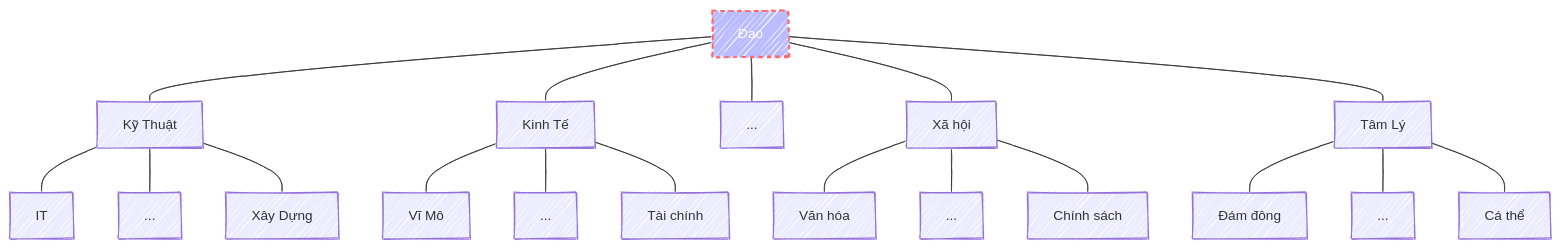
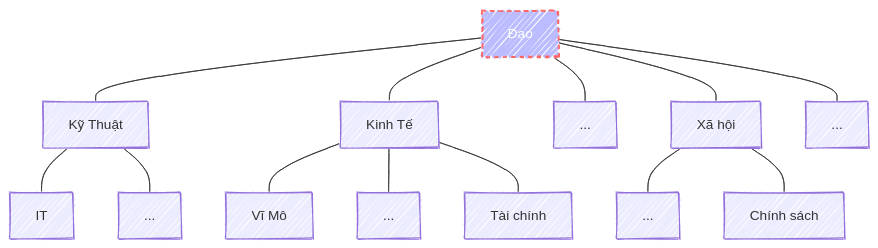
One commit to laiduyha/wei-he changed the third of 3 diagrams in _posts/2024-06-20-cay-kien-thuc.md. Above: the diagram before and after it, drawn with Mermaid. The commit also changed other lines of this file, not shown here.

````diff
--- a/_posts/2024-06-20-cay-kien-thuc.md
+++ b/_posts/2024-06-20-cay-kien-thuc.md
@@ -146,31 +139,26 @@
 ```mermaid
 ---
 config:
   look: handDrawn
 ---
 
 flowchart TD
   d[Đạo] --- kt[Kỹ Thuật]
   kt[Kỹ Thuật] --- it[IT]
   kt[Kỹ Thuật] --- kt1[...]
-  kt[Kỹ Thuật] --- xd[Xây Dựng]
 
   d[Đạo] --- kte[Kinh Tế]
   kte[Kinh Tế] --- macro[Vĩ Mô]
   kte[Kinh Tế] --- kte1[...]
   kte[Kinh Tế] --- behavior[Tài chính]
 
   d[Đạo] --- d1[...]
 
   d[Đạo] --- xh[Xã hội]
-  xh[Xã hội] --- vh[Văn hóa]
   xh[Xã hội] --- xh1[...]
   xh[Xã hội] --- cs[Chính sách]
 
-  d[Đạo] --- tl[Tâm Lý]
-  tl[Tâm Lý] --- dd[Đám đông]
-  tl[Tâm Lý] --- tl1[...]
-  tl[Tâm Lý] --- ct[Cá thể]
+  d[Đạo] --- d2[...]
 
   style d fill:#bbf,stroke:#f66,stroke-width:2px,color:#fff,stroke-dasharray: 5 5
 ```
````
